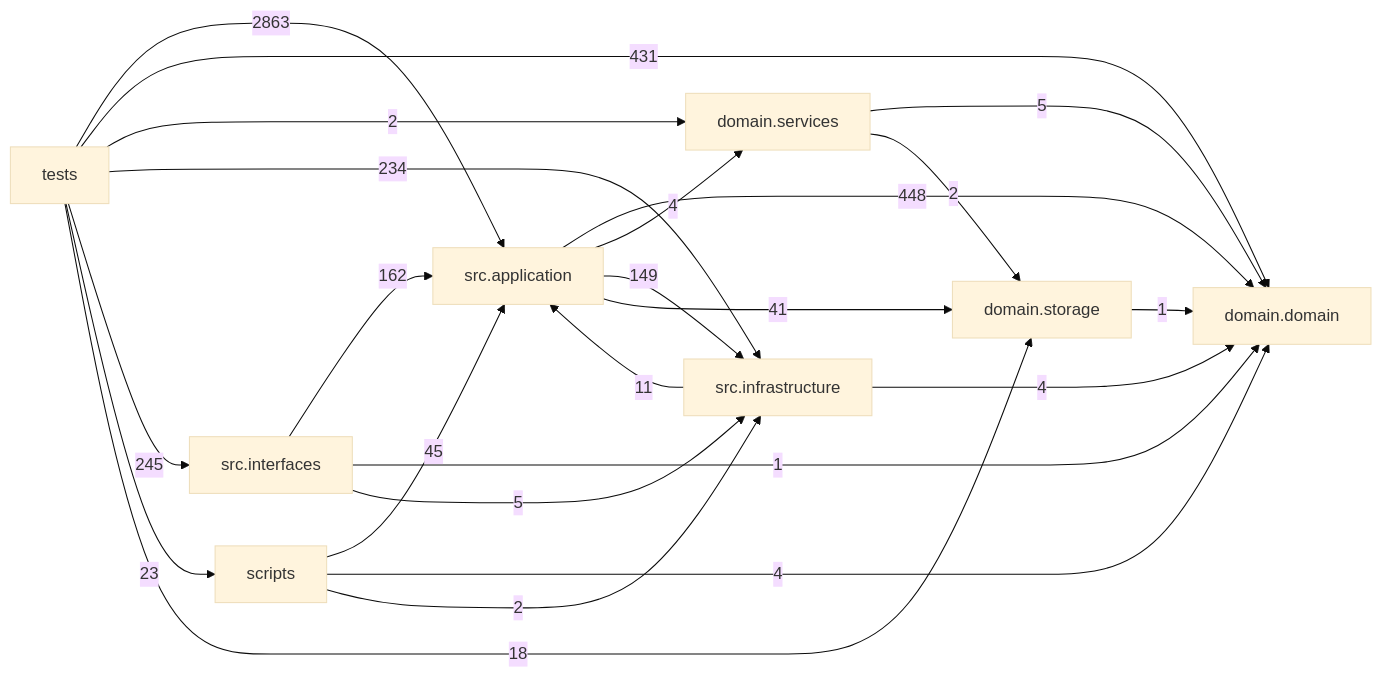
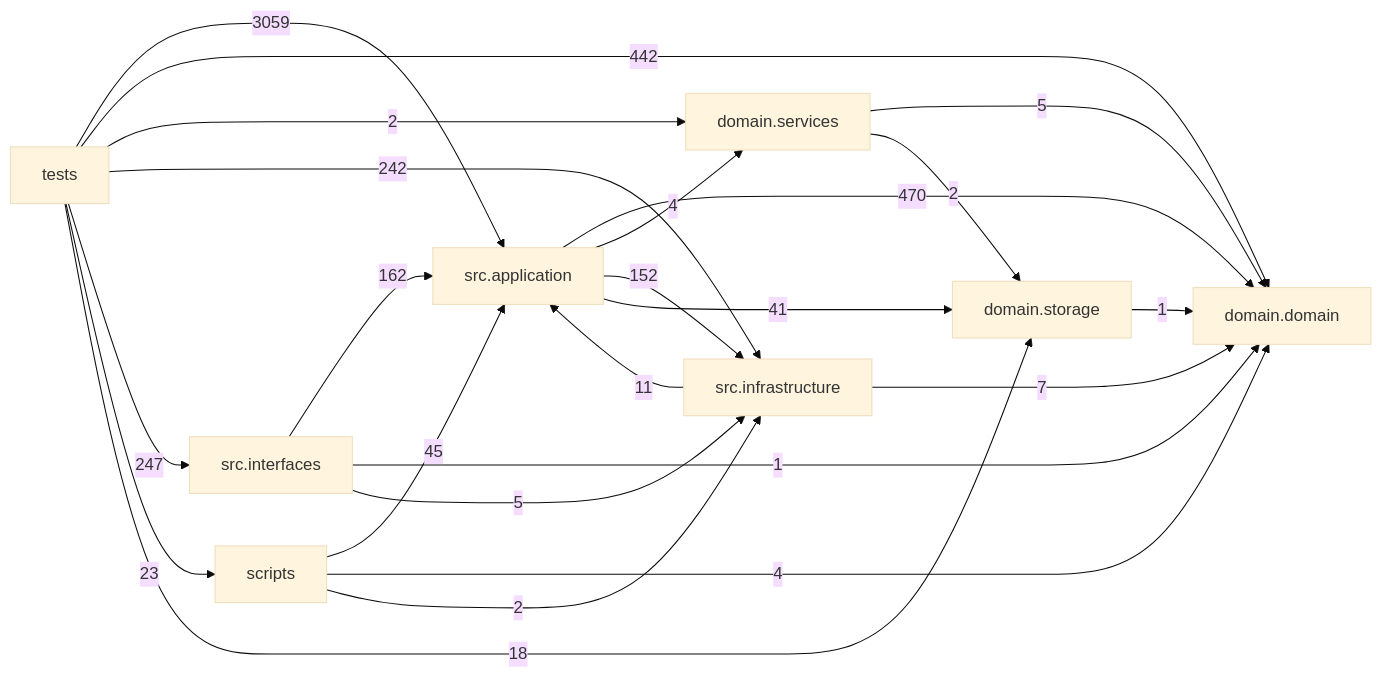
Before and after one commit to liuxie066/options-monitor: the diagram in docs/DEPENDENCY_GRAPH.md, drawn with Mermaid (base theme). The commit also changed other lines of this file and 103 other files, not shown here.

````diff
--- a/docs/DEPENDENCY_GRAPH.md
+++ b/docs/DEPENDENCY_GRAPH.md
@@ -24,33 +24,33 @@
 ```mermaid
 flowchart LR
   tests["tests"]
   scripts["scripts"]
   interfaces["src.interfaces"]
   application["src.application"]
   infrastructure["src.infrastructure"]
   domain_services["domain.services"]
   domain["domain.domain"]
   storage["domain.storage"]
-  application -->|448| domain
+  application -->|470| domain
   application -->|4| domain_services
-  application -->|149| infrastructure
+  application -->|152| infrastructure
   application -->|41| storage
   domain_services -->|5| domain
   domain_services -->|2| storage
   infrastructure -->|11| application
-  infrastructure -->|4| domain
+  infrastructure -->|7| domain
   interfaces -->|162| application
   interfaces -->|1| domain
   interfaces -->|5| infrastructure
   scripts -->|45| application
   scripts -->|4| domain
   scripts -->|2| infrastructure
   storage -->|1| domain
-  tests -->|2863| application
-  tests -->|431| domain
+  tests -->|3059| application
+  tests -->|442| domain
   tests -->|2| domain_services
-  tests -->|234| infrastructure
-  tests -->|245| interfaces
+  tests -->|242| infrastructure
+  tests -->|247| interfaces
   tests -->|23| scripts
   tests -->|18| storage
 ```
````
